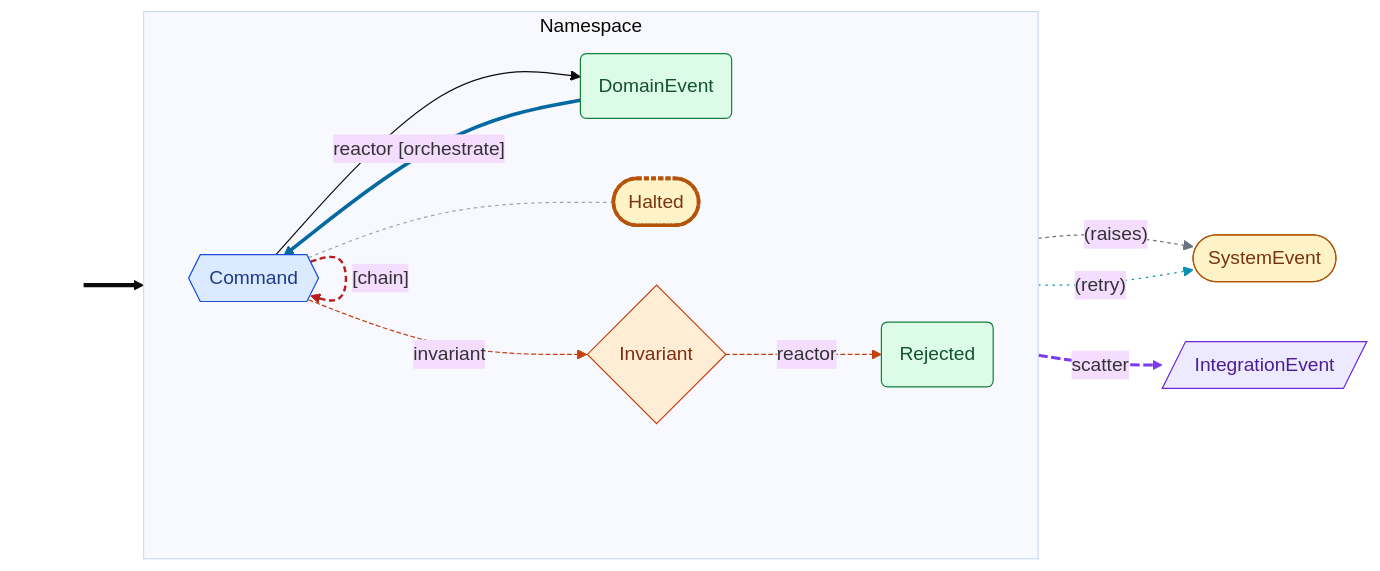
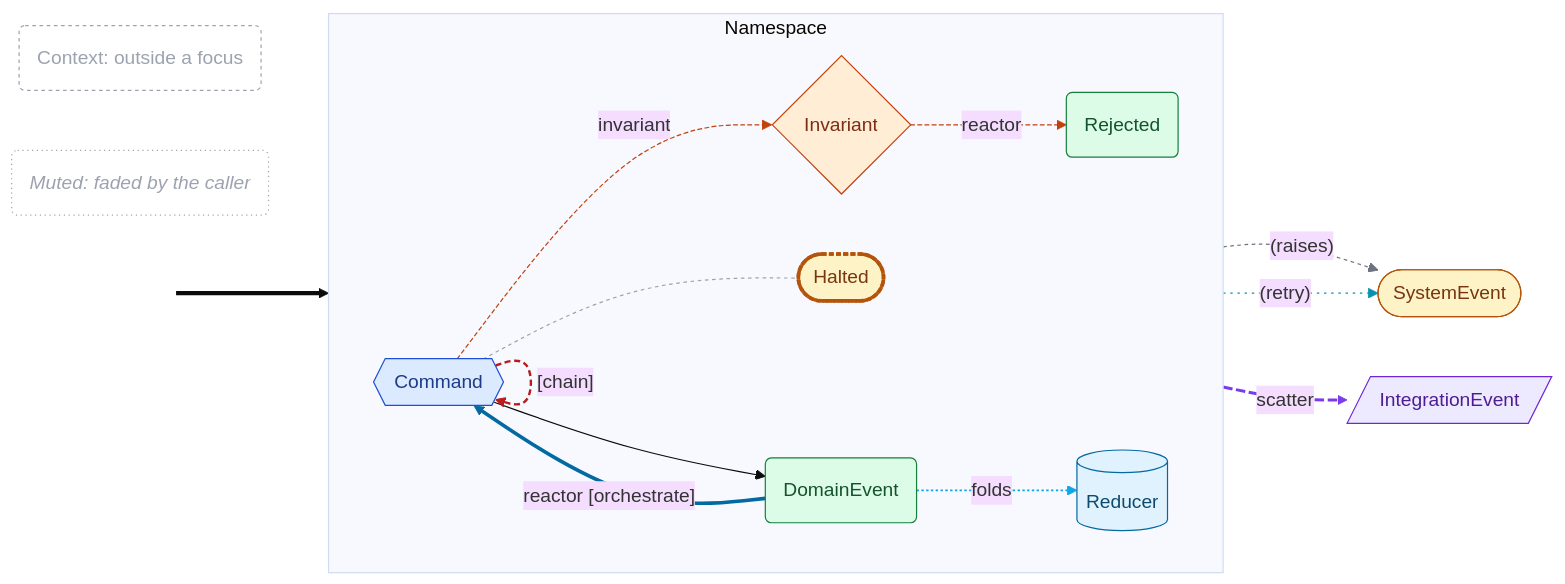
The first of 2 diagrams in examples/error_recovery.graph.md (cadance-io/langgraph-events), drawn with Mermaid (base theme) before and after one commit. The commit also changed 20 other files, not shown here.

First line of the commit message:
feat: focused diagrams, reducers in the namespace model, and node notes (#199)

````diff
--- a/examples/error_recovery.graph.md
+++ b/examples/error_recovery.graph.md
@@ -7,36 +7,44 @@
 ```mermaid
 graph LR
     classDef entry fill:none,stroke:none,color:none
     classDef cmd fill:#dbeafe,stroke:#1d4ed8,color:#1e3a8a
     classDef devt fill:#dcfce7,stroke:#15803d,color:#14532d
     classDef intg fill:#ede9fe,stroke:#6d28d9,color:#4c1d95
     classDef syst fill:#fef3c7,stroke:#b45309,color:#78350f
     classDef halt fill:#fef3c7,stroke:#b45309,color:#78350f,stroke-width:3px,stroke-dasharray:4 2
     classDef inv fill:#ffedd5,stroke:#c2410c,color:#7c2d12
+    classDef reducer fill:#e0f2fe,stroke:#0369a1,color:#0c4a6e
+    classDef ctx fill:none,stroke:#9ca3af,color:#9ca3af,stroke-dasharray:3 3
+    classDef muted fill:none,stroke:#9ca3af,color:#9ca3af,stroke-dasharray:1 3,font-style:italic
     subgraph Example["Namespace"]
       direction LR
       Command{{Command}}:::cmd
       DomainEvent(DomainEvent):::devt
       Halted([Halted]):::halt
       Invariant{Invariant}:::inv
       Rejected(Rejected):::devt
+      Reducer[(Reducer)]:::reducer
     end
     IntegrationEvent[/IntegrationEvent/]:::intg
     SystemEvent([SystemEvent]):::syst
+    Context(Context: outside a focus):::ctx
+    Muted(Muted: faded by the caller):::muted
     _seed_[ ]:::entry ==> Command
     Command --> DomainEvent
     Command -.->|"(raises)"| SystemEvent
     Command -.->|scatter| IntegrationEvent
     Command -.- Halted
     Command -.->|invariant| Invariant -.->|reactor| Rejected
     DomainEvent -->|"reactor [orchestrate]"| Command
     Command -->|"[chain]"| Command
     Command -.->|"(retry)"| SystemEvent
+    DomainEvent -.->|folds| Reducer
     linkStyle 2 stroke:#6b7280,stroke-dasharray:3 3
     linkStyle 3 stroke:#7c3aed,stroke-width:2.5px,stroke-dasharray:8 3
     linkStyle 4 stroke:#9ca3af,stroke-dasharray:3 3
     linkStyle 5,6 stroke:#c2410c,stroke-dasharray:4 2
     linkStyle 7 stroke:#0369a1,stroke-width:3px
     linkStyle 8 stroke:#b91c1c,stroke-width:2px,stroke-dasharray:5 3
     linkStyle 9 stroke:#0891b2,stroke-dasharray:2 4
+    linkStyle 10 stroke:#0ea5e9,stroke-width:1.5px,stroke-dasharray:2 2
 ```
````
